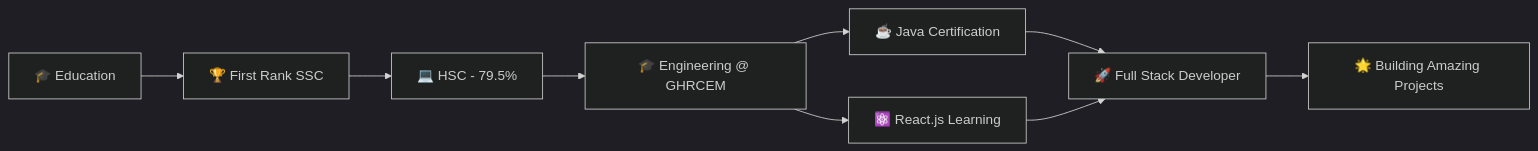
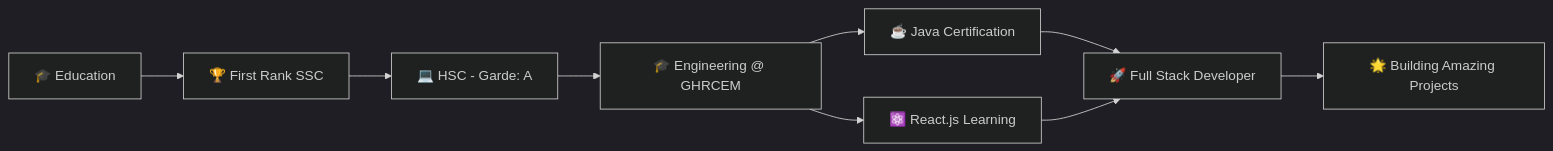
The diagram in README.md (SamirShaikh03/SamirShaikh03), drawn with Mermaid (dark theme) before and after one commit.

````diff
--- a/README.md
+++ b/README.md
@@ -295,11 +295,11 @@
 ```mermaid
 graph LR
     A[🎓 Education] --> B[🏆 First Rank SSC]
-    B --> C[💻 HSC - 79.5%]
+    B --> C[💻 HSC - Garde: A]
     C --> D[🎓 Engineering @ GHRCEM]
     D --> E[☕ Java Certification]
     D --> F[⚛️ React.js Learning]
     E --> G[🚀 Full Stack Developer]
     F --> G
     G --> H[🌟 Building Amazing Projects]
 ```
````
